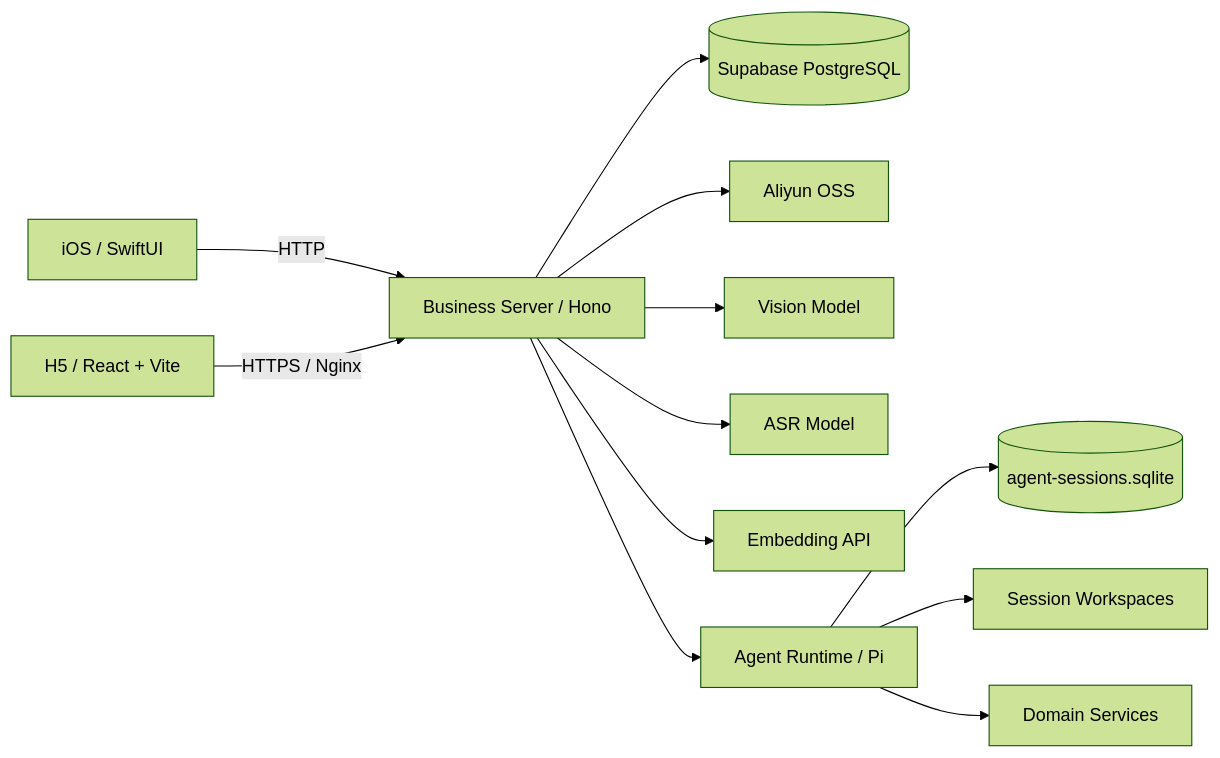
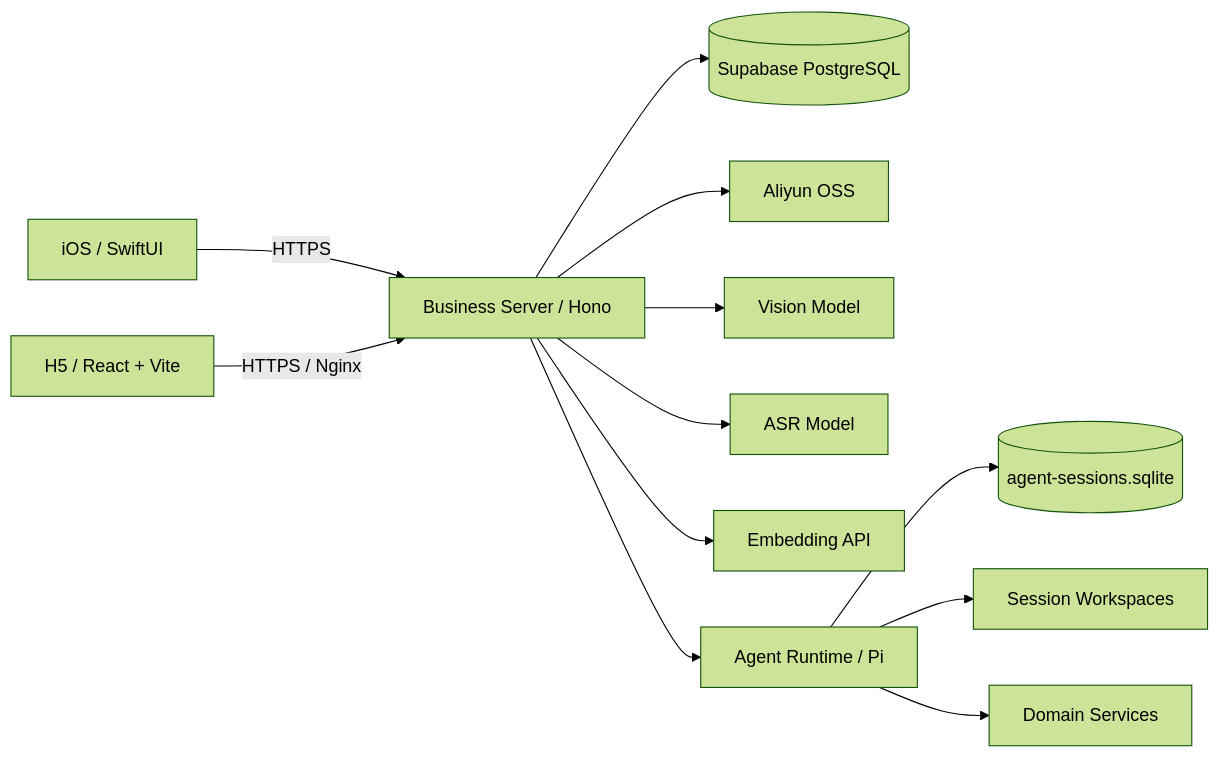
The diagram in docs/architecture/overview.md (huiru-wang/fanto), drawn with Mermaid (forest theme) before and after one commit. The commit also changed other lines of this file and 89 other files, not shown here.

````diff
--- a/docs/architecture/overview.md
+++ b/docs/architecture/overview.md
@@ -5,15 +5,15 @@
 ```mermaid
 flowchart LR
-  IOS[iOS / SwiftUI] -->|HTTP| S[Business Server / Hono]
+  IOS[iOS / SwiftUI] -->|HTTPS| S[Business Server / Hono]
   H5[H5 / React + Vite] -->|HTTPS / Nginx| S
   S --> DB[(Supabase PostgreSQL)]
   S --> OSS[Aliyun OSS]
   S --> VL[Vision Model]
   S --> ASR[ASR Model]
   S --> EMB[Embedding API]
 
   S --> AR[Agent Runtime / Pi]
   AR --> ADB[(agent-sessions.sqlite)]
   AR --> WS[Session Workspaces]
   AR --> DS[Domain Services]
 ```
````
